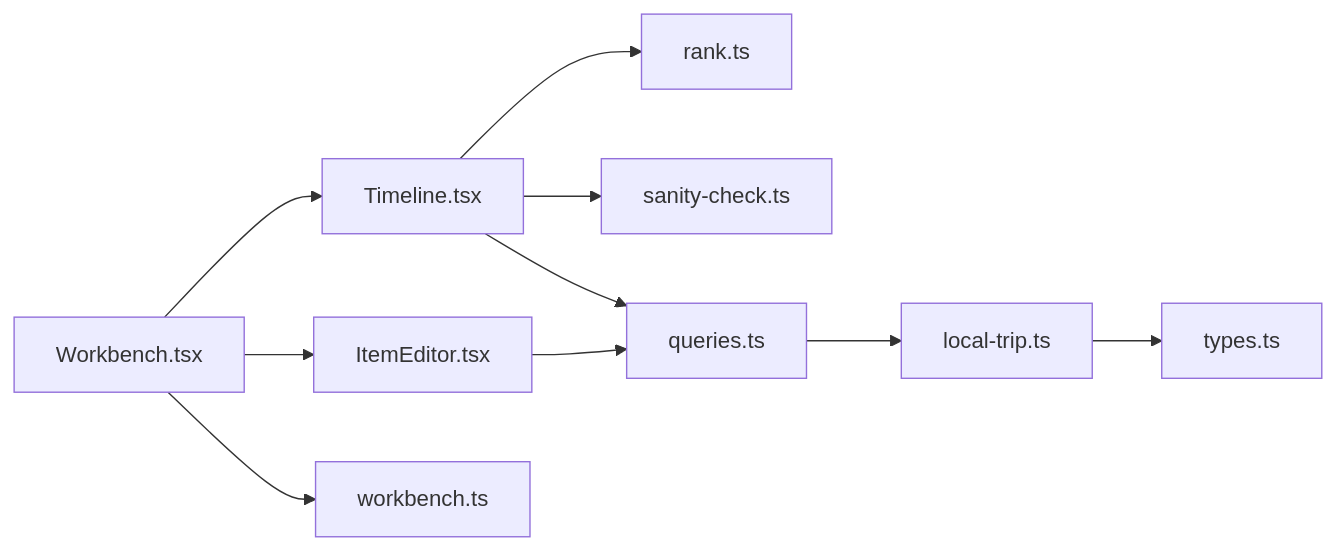
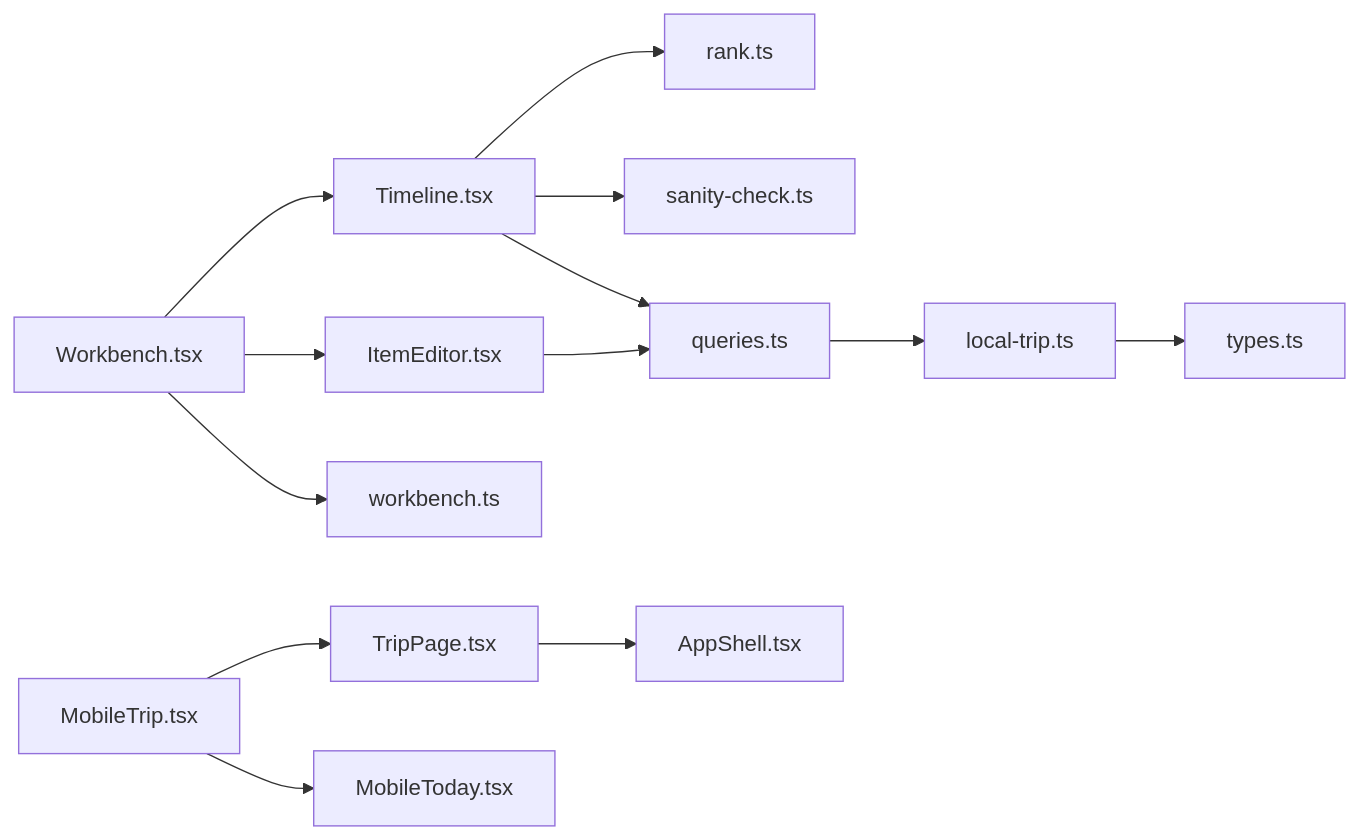
Before and after one commit to huangyilu/wanwuyishi: the eighth of 8 diagrams in .qoder/repowiki/zh/content/核心功能模块/行程管理模块/行程管理模块.md, drawn with Mermaid. The commit also changed other lines of this file and 103 other files, not shown here.

````diff
--- a/.qoder/repowiki/zh/content/核心功能模块/行程管理模块/行程管理模块.md
+++ b/.qoder/repowiki/zh/content/核心功能模块/行程管理模块/行程管理模块.md
@@ -346,12 +423,15 @@
 ```mermaid
 graph LR
 WB["Workbench.tsx"] --> TL["Timeline.tsx"]
 WB --> IE["ItemEditor.tsx"]
 TL --> RK["rank.ts"]
 TL --> SC["sanity-check.ts"]
 WB --> ST["workbench.ts"]
 TL --> Q["queries.ts"]
 IE --> Q
 Q --> ADP["local-trip.ts"]
 ADP --> TY["types.ts"]
+MT["MobileTrip.tsx"] --> TP["TripPage.tsx"]
+TP --> AS["AppShell.tsx"]
+MT --> MTO["MobileToday.tsx"]
 ```
````
